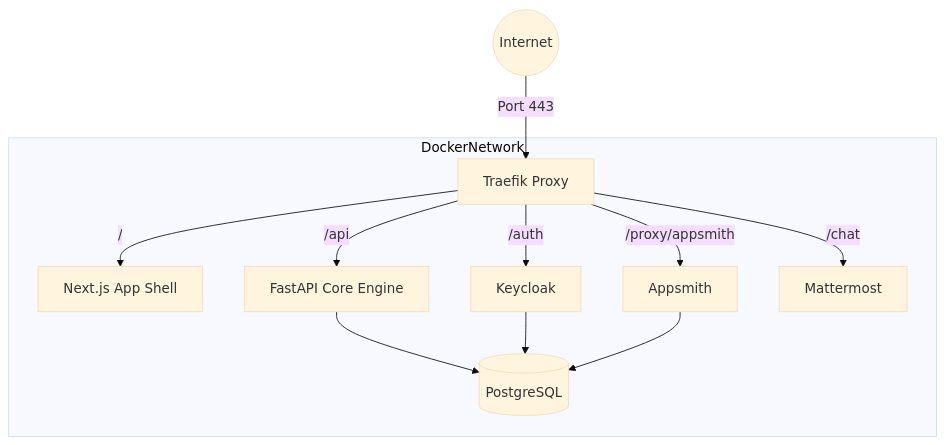
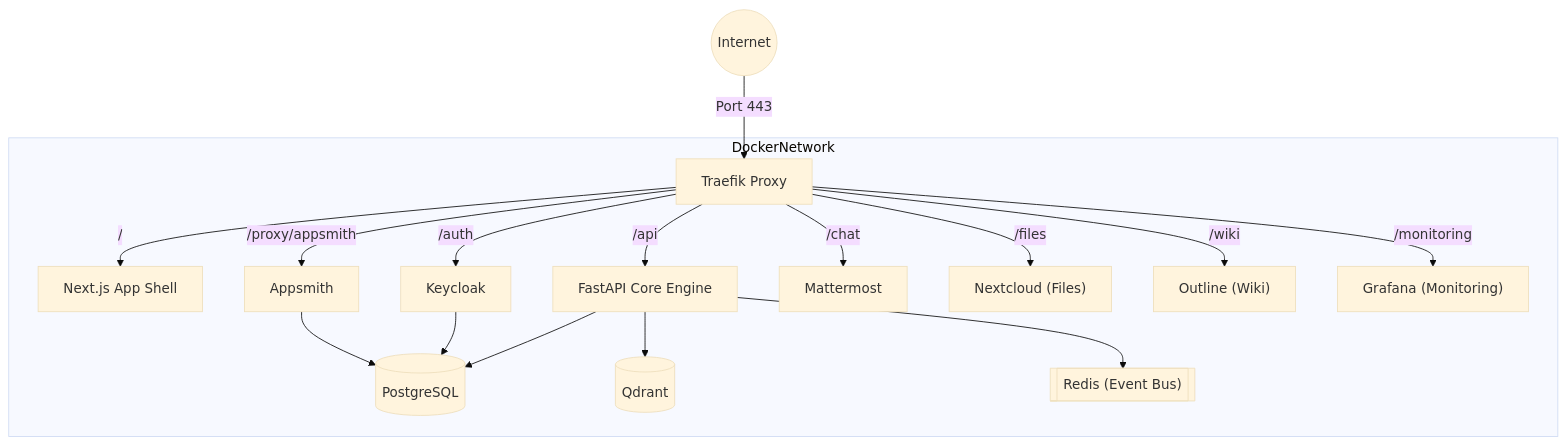
The first of 2 diagrams in docs/deployment.md (CuongKenn/ICTU_Proteus-os), drawn with Mermaid (base theme) before and after one commit. The commit also changed other lines of this file and 6 other files, not shown here.

````diff
--- a/docs/deployment.md
+++ b/docs/deployment.md
@@ -41,23 +44,33 @@
 ```mermaid
 graph TD
     Internet((Internet)) -->|"Port 443"| Traefik["Traefik Proxy"]
     
     subgraph DockerNetwork
         UI["Next.js App Shell"]
         Core["FastAPI Core Engine"]
         Keycloak["Keycloak"]
         Appsmith["Appsmith"]
         Mattermost["Mattermost"]
+        Nextcloud["Nextcloud (Files)"]
+        Outline["Outline (Wiki)"]
+        Grafana["Grafana (Monitoring)"]
         PG[("PostgreSQL")]
+        Qdrant[("Qdrant")]
+        Redis[["Redis (Event Bus)"]]
         
         Traefik -->|"/"| UI
         Traefik -->|"/api"| Core
         Traefik -->|"/auth"| Keycloak
         Traefik -->|"/proxy/appsmith"| Appsmith
         Traefik -->|"/chat"| Mattermost
+        Traefik -->|"/files"| Nextcloud
+        Traefik -->|"/wiki"| Outline
+        Traefik -->|"/monitoring"| Grafana
         
         Core --> PG
+        Core --> Qdrant
+        Core --> Redis
         Keycloak --> PG
         Appsmith --> PG
     end
 ```
````
